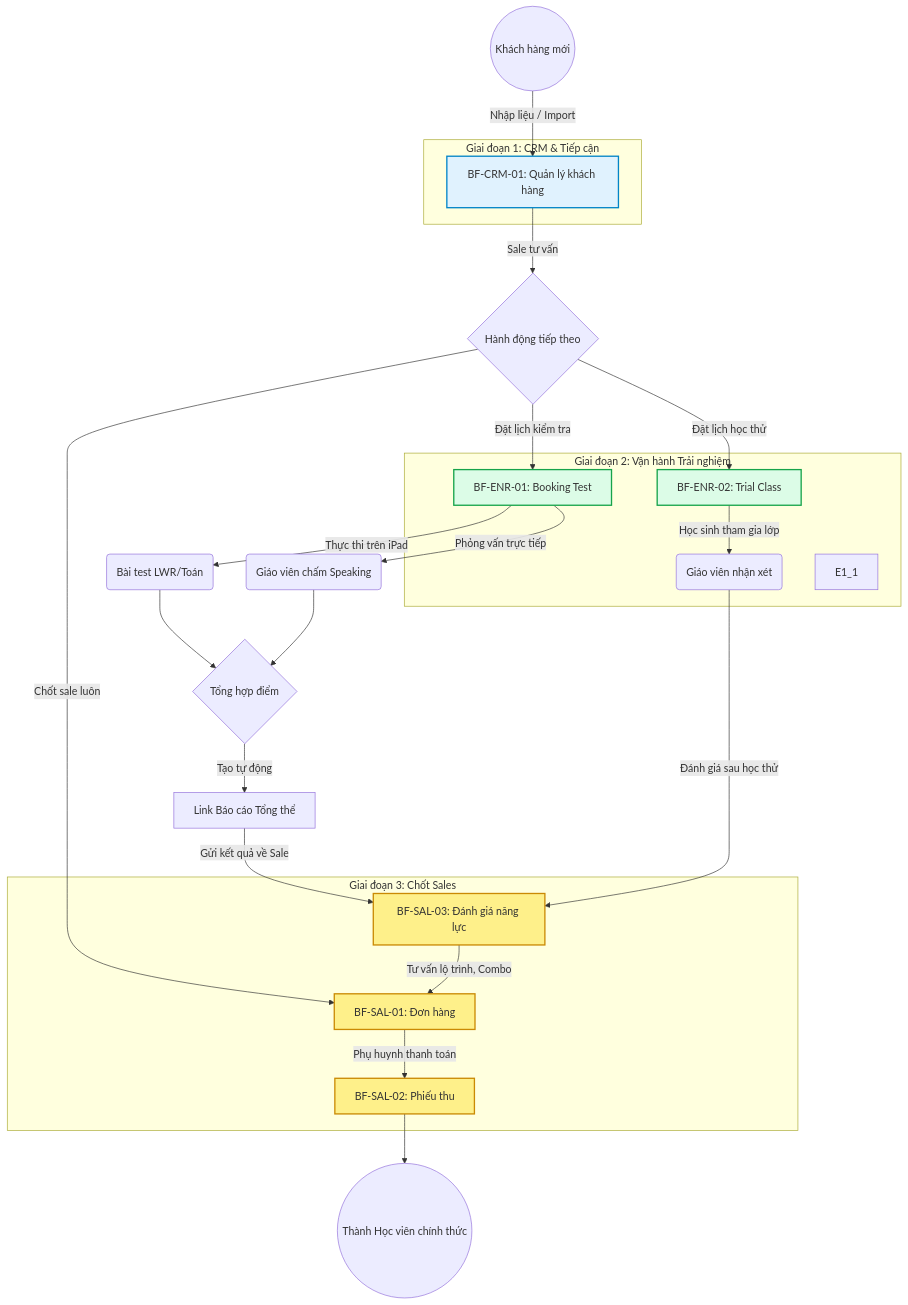
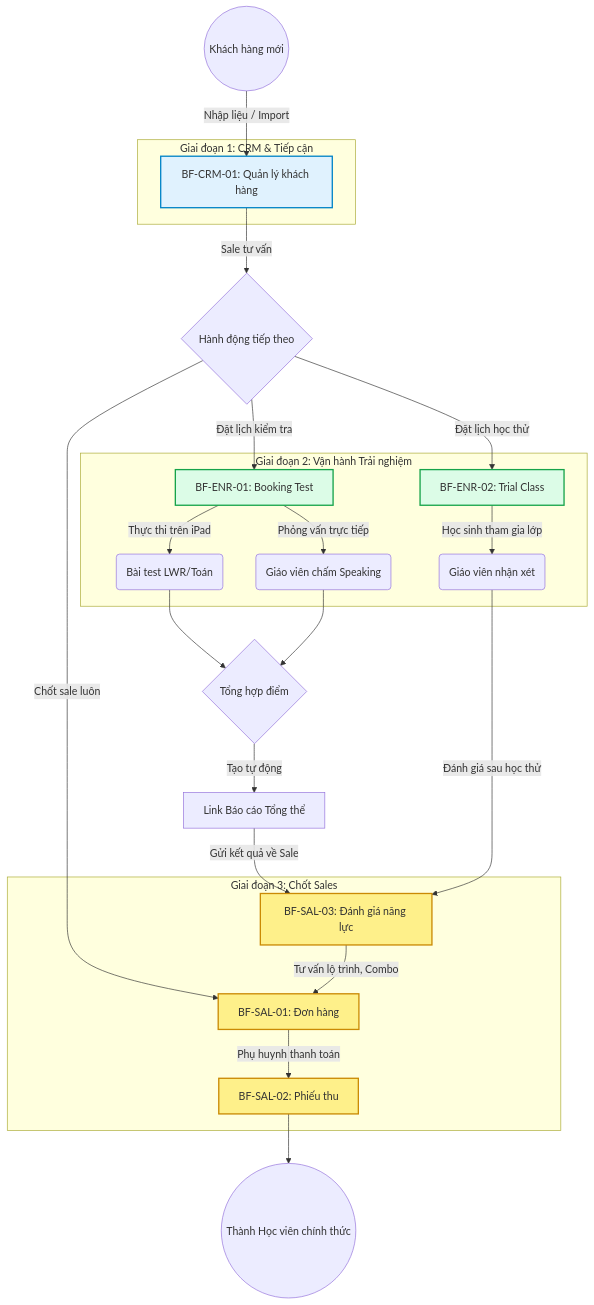
The diagram in docs/business-functions/FLOW-ENR-00-vong-doi-tuyen-sinh.md (Gasyone/rinov5-station), drawn with Mermaid before and after one commit. The commit also changed other lines of this file and 679 other files, not shown here.

````diff
--- a/docs/business-functions/FLOW-ENR-00-vong-doi-tuyen-sinh.md
+++ b/docs/business-functions/FLOW-ENR-00-vong-doi-tuyen-sinh.md
@@ -10,51 +19,45 @@
 ```mermaid
 graph TD
-    %% Định nghĩa các bước và màu sắc cho từng phòng ban
     classDef crm fill:#e0f2fe,stroke:#0284c7,stroke-width:2px;
     classDef ops fill:#dcfce7,stroke:#16a34a,stroke-width:2px;
     classDef sales fill:#fef08a,stroke:#ca8a04,stroke-width:2px;
 
-    %% CRM Phase
     Start((Khách hàng mới)) -->|Nhập liệu / Import| L1[BF-CRM-01: Quản lý khách hàng]
     L1:::crm -->|Sale tư vấn| L2{Hành động tiếp theo}
     
-    %% Enrollment Phase (Test & Interview)
     L2 -->|Đặt lịch kiểm tra| E1[BF-ENR-01: Booking Test]
     L2 -->|Đặt lịch học thử| E2[BF-ENR-02: Trial Class]
     L2 -->|Chốt sale luôn| S2
     
     E1:::ops -->|Thực thi trên iPad| E3_Test(Bài test LWR/Toán)
     E1:::ops -->|Phỏng vấn trực tiếp| E3_Interview(Giáo viên chấm Speaking)
     
     E3_Test --> E4{Tổng hợp điểm}
     E3_Interview --> E4
     
     E4 -->|Tạo tự động| E5[Link Báo cáo Tổng thể]
     E5 -->|Gửi kết quả về Sale| S1[BF-SAL-03: Đánh giá năng lực]
     
     E2:::ops -->|Học sinh tham gia lớp| E2_1(Giáo viên nhận xét)
     E2_1 -->|Đánh giá sau học thử| S1
     
-    %% Sales Phase
     S1:::sales -->|Tư vấn lộ trình, Combo| S2[BF-SAL-01: Đơn hàng]
     S2:::sales -->|Phụ huynh thanh toán| S3[BF-SAL-02: Phiếu thu]
     S3:::sales --> End((Thành Học viên chính thức))
 
-    %% Phân luồng dữ liệu
     subgraph Giai đoạn 1: CRM & Tiếp cận
         L1
     end
-    
     subgraph Giai đoạn 2: Vận hành Trải nghiệm
         E1
-        E1_1
+        E3_Test
+        E3_Interview
         E2
         E2_1
     end
-    
     subgraph Giai đoạn 3: Chốt Sales
         S1
         S2
         S3
     end
 ```
````
